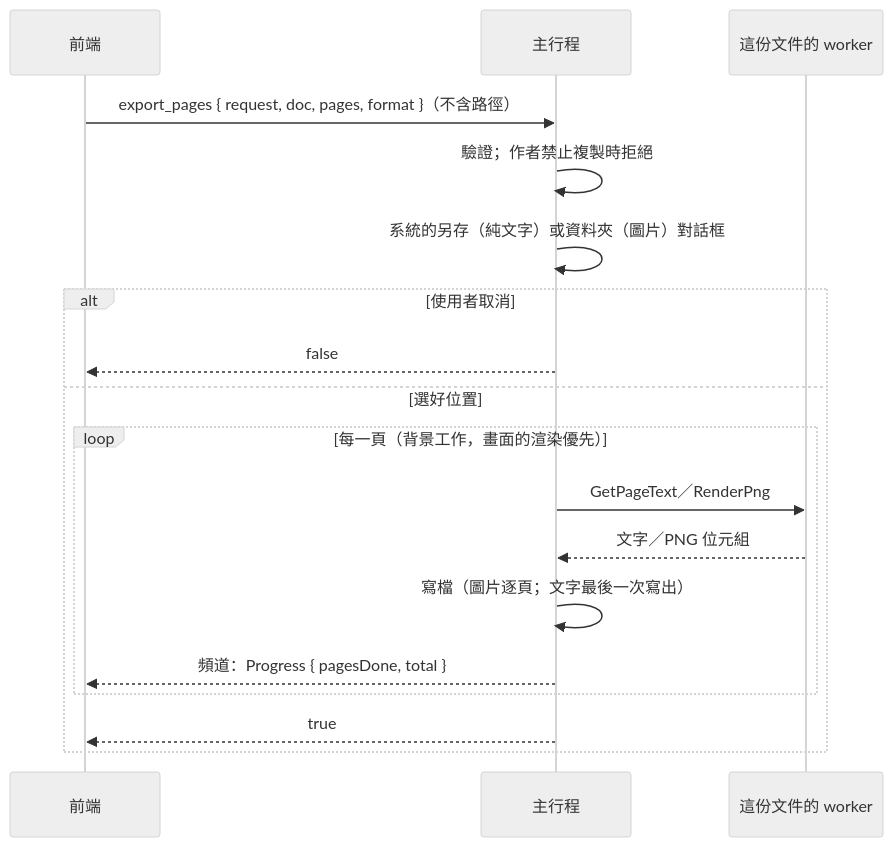
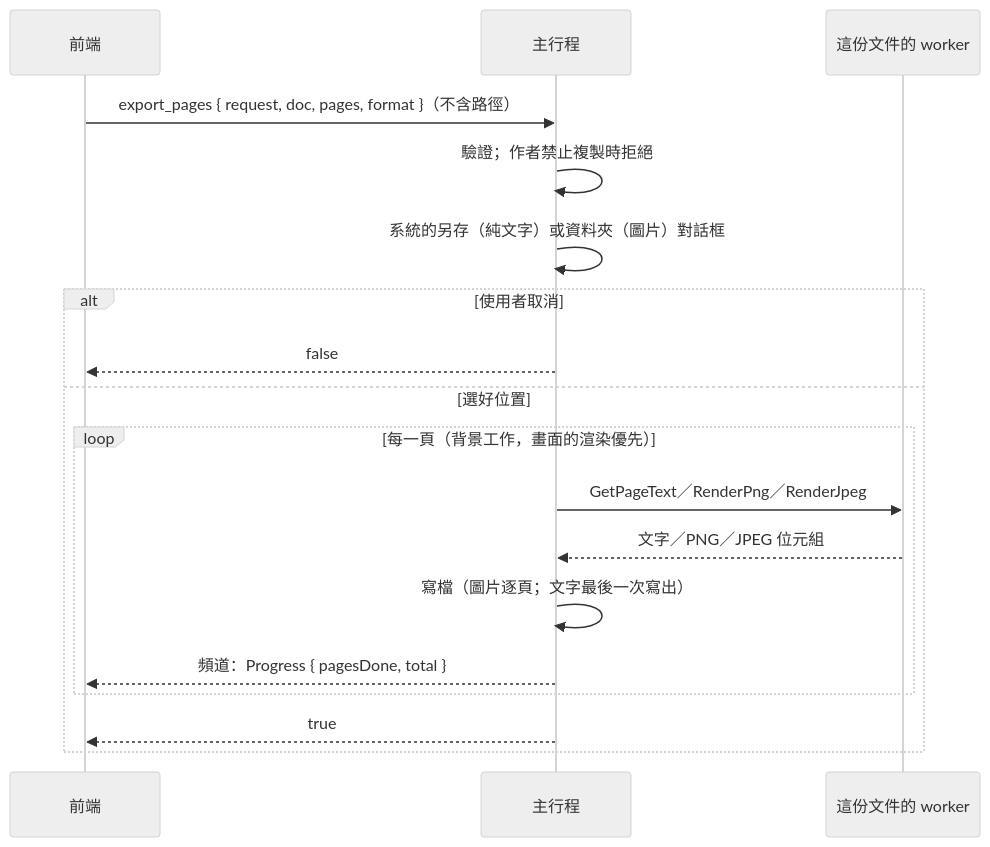
Before and after one commit to winner0988/Pdf-reader: the diagram in docs/architecture/export.md, drawn with Mermaid (neutral theme). The commit also changed other lines of this file and 24 other files, not shown here.

````diff
--- a/docs/architecture/export.md
+++ b/docs/architecture/export.md
@@ -7,20 +7,20 @@
 ```mermaid
 sequenceDiagram
   participant F as 前端
   participant M as 主行程
   participant W as 這份文件的 worker
   F->>M: export_pages { request, doc, pages, format }（不含路徑）
   M->>M: 驗證；作者禁止複製時拒絕
   M->>M: 系統的另存（純文字）或資料夾（圖片）對話框
   alt 使用者取消
     M-->>F: false
   else 選好位置
     loop 每一頁（背景工作，畫面的渲染優先）
-      M->>W: GetPageText／RenderPng
-      W-->>M: 文字／PNG 位元組
+      M->>W: GetPageText／RenderPng／RenderJpeg
+      W-->>M: 文字／PNG／JPEG 位元組
       M->>M: 寫檔（圖片逐頁；文字最後一次寫出）
       M-->>F: 頻道：Progress { pagesDone, total }
     end
     M-->>F: true
   end
 ```
````
